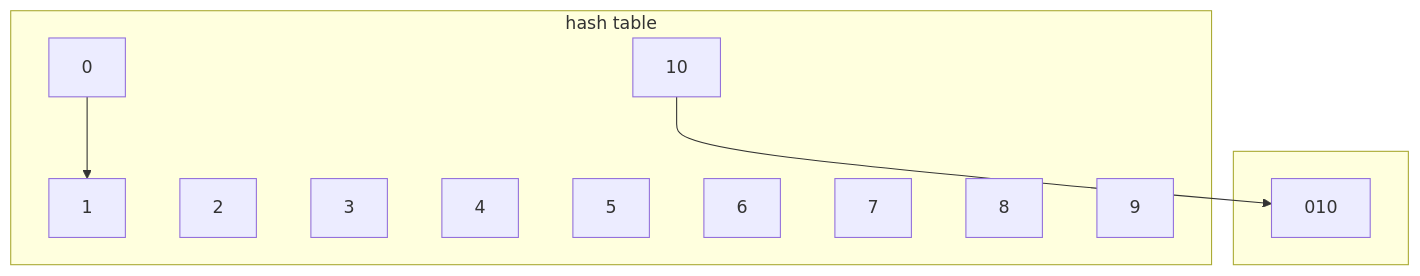
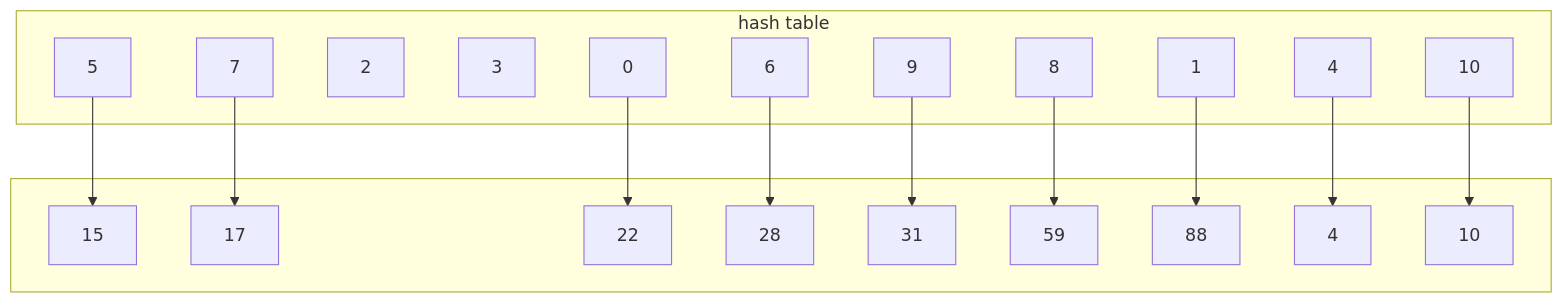
One commit to Tiggax/Zapiski changed the third of 3 diagrams in 2. Letnik/Podatkovne strukture in algoritmi/Razpršilne tabele.md. Above: the diagram before and after it, drawn with Mermaid. The commit also changed other lines of this file, not shown here.

Commit message:
flyingarchie backup: 2021-12-01 16:18:49

````diff
--- a/2. Letnik/Podatkovne strukture in algoritmi/Razpršilne tabele.md
+++ b/2. Letnik/Podatkovne strukture in algoritmi/Razpršilne tabele.md
@@ -75,29 +82,29 @@
 ```mermaid
 graph TD
 subgraph a[hash table]
 0
 1
 2
 3
 4
 5
 6
 7
 8
 9
 10
 end
 subgraph b[<br>]
-0-->
-1
+0-->22
+1-->88
 2
 3
-4
-5
-6
-7
-8
-9
-10-->010
+4-->04[4]
+5-->15
+6-->28
+7-->17
+8-->59
+9-->31
+10-->010[10]
 end
 ```
````
